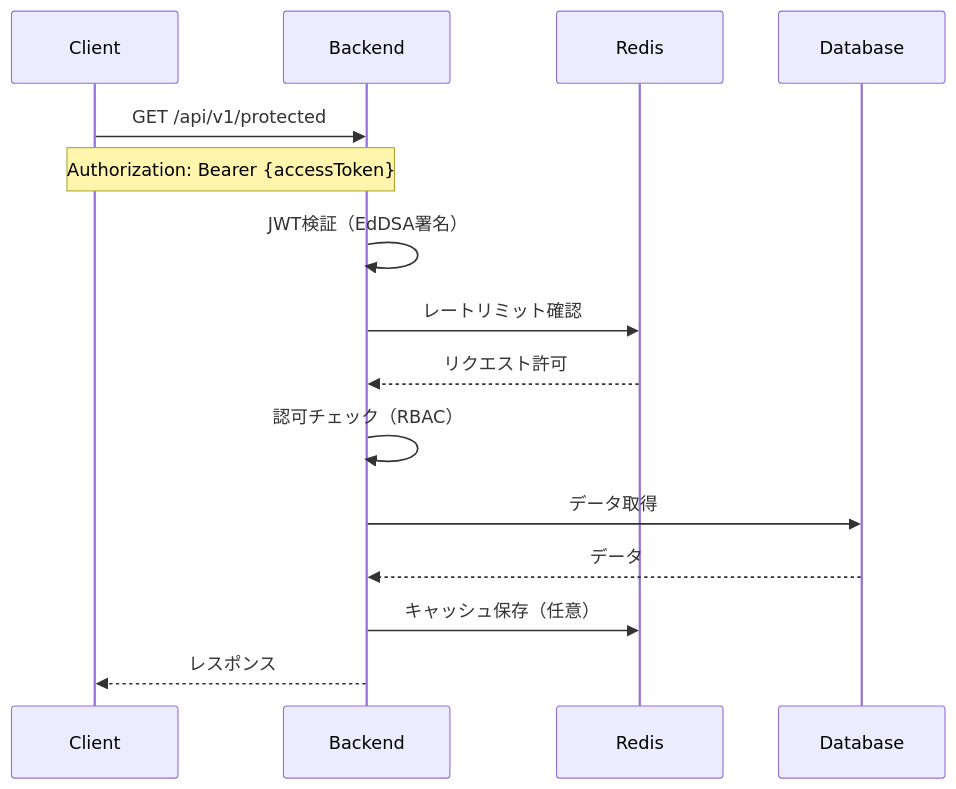
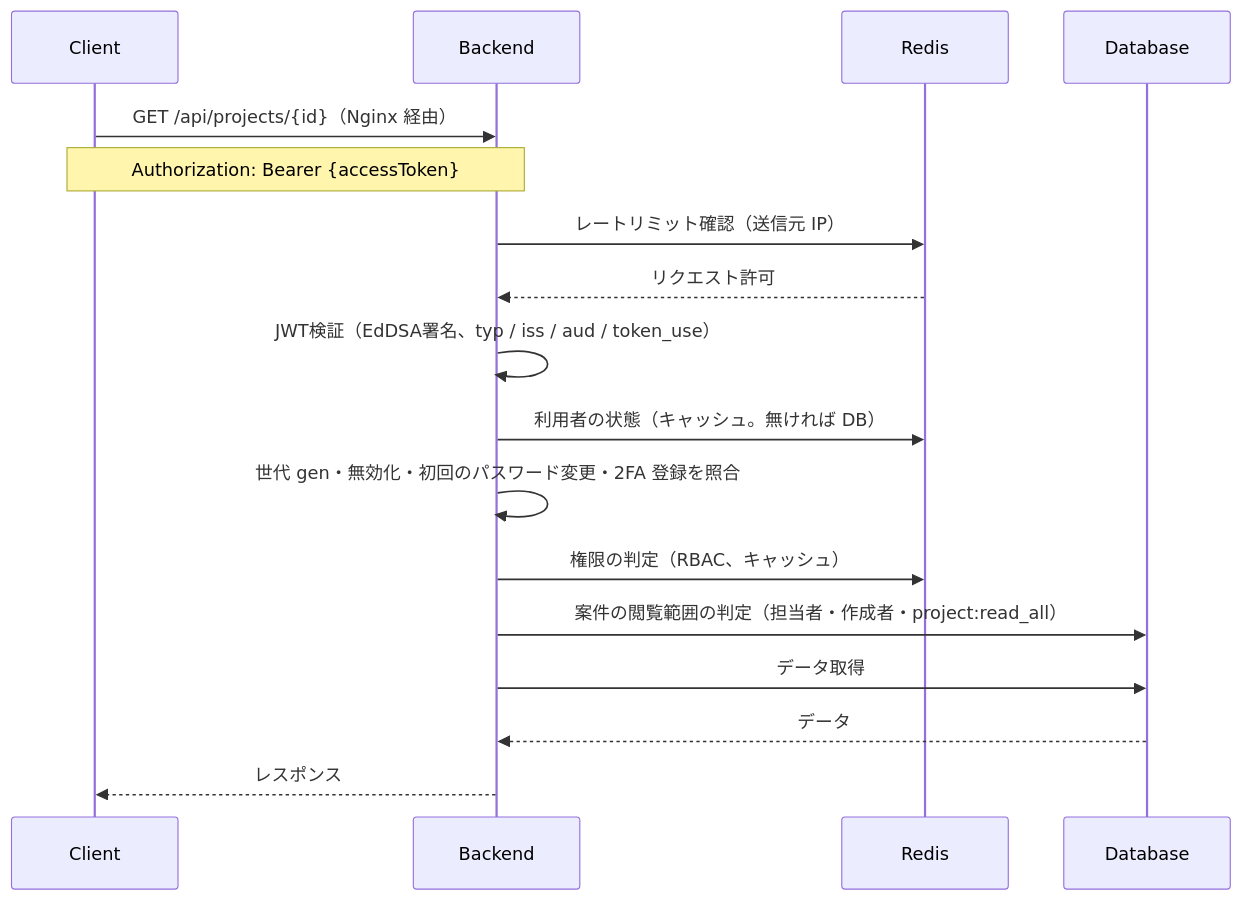
One commit to inakanou/ArchiTrack changed the third of 8 diagrams in docs/architecture/data-flow.md. Above: the diagram before and after it, drawn with Mermaid. The commit also changed other lines of this file and 15 other files, not shown here.

````diff
--- a/docs/architecture/data-flow.md
+++ b/docs/architecture/data-flow.md
@@ -98,21 +123,23 @@
 ```mermaid
 sequenceDiagram
     participant Client
     participant Backend
     participant Redis
     participant Database
 
-    Client->>Backend: GET /api/v1/protected
+    Client->>Backend: GET /api/projects/{id}（Nginx 経由）
     Note over Client,Backend: Authorization: Bearer {accessToken}
 
-    Backend->>Backend: JWT検証（EdDSA署名）
-    Backend->>Redis: レートリミット確認
+    Backend->>Redis: レートリミット確認（送信元 IP）
     Redis-->>Backend: リクエスト許可
 
-    Backend->>Backend: 認可チェック（RBAC）
+    Backend->>Backend: JWT検証（EdDSA署名、typ / iss / aud / token_use）
+    Backend->>Redis: 利用者の状態（キャッシュ。無ければ DB）
+    Backend->>Backend: 世代 gen・無効化・初回のパスワード変更・2FA 登録を照合
+
+    Backend->>Redis: 権限の判定（RBAC、キャッシュ）
+    Backend->>Database: 案件の閲覧範囲の判定（担当者・作成者・project:read_all）
     Backend->>Database: データ取得
     Database-->>Backend: データ
-
-    Backend->>Redis: キャッシュ保存（任意）
     Backend-->>Client: レスポンス
 ```
````
